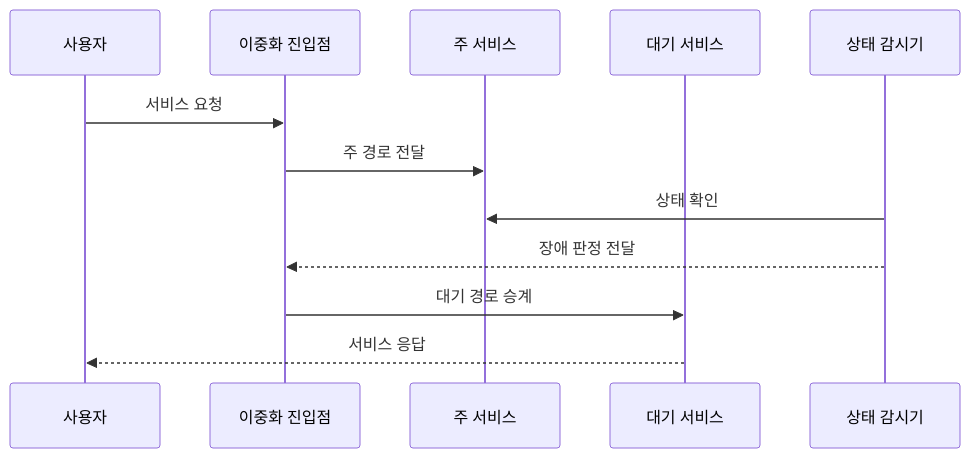
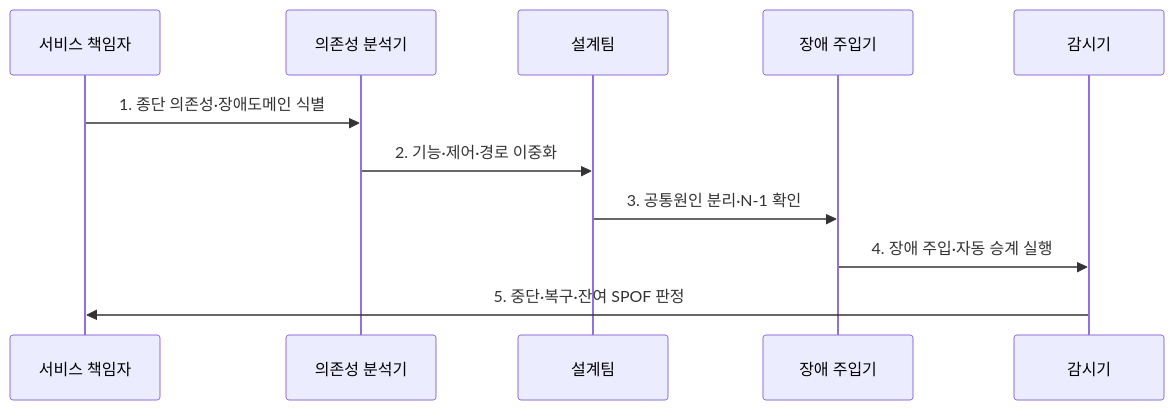
The second of 2 diagrams in src/content/docs/notes/06-evaluation/018_spof_elimination.md (agnusdei1207/knowledge-base), drawn with Mermaid before and after one commit. The commit also changed other lines of this file and 6 other files, not shown here.

````diff
--- a/src/content/docs/notes/06-evaluation/018_spof_elimination.md
+++ b/src/content/docs/notes/06-evaluation/018_spof_elimination.md
@@ -82,14 +86,13 @@
 ```mermaid
 sequenceDiagram
-    participant U as 사용자
-    participant L as 이중화 진입점
-    participant P as 주 서비스
-    participant S as 대기 서비스
-    participant M as 상태 감시기
-    U->>L: 서비스 요청
-    L->>P: 주 경로 전달
-    M->>P: 상태 확인
-    M-->>L: 장애 판정 전달
-    L->>S: 대기 경로 승계
-    S-->>U: 서비스 응답
+  participant O as 서비스 책임자
+  participant A as 의존성 분석기
+  participant D as 설계팀
+  participant C as 장애 주입기
+  participant M as 감시기
+  O->>A: 1. 종단 의존성·장애도메인 식별
+  A->>D: 2. 기능·제어·경로 이중화
+  D->>C: 3. 공통원인 분리·N-1 확인
+  C->>M: 4. 장애 주입·자동 승계 실행
+  M->>O: 5. 중단·복구·잔여 SPOF 판정
 ```
````
